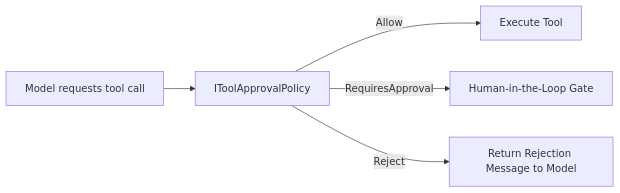
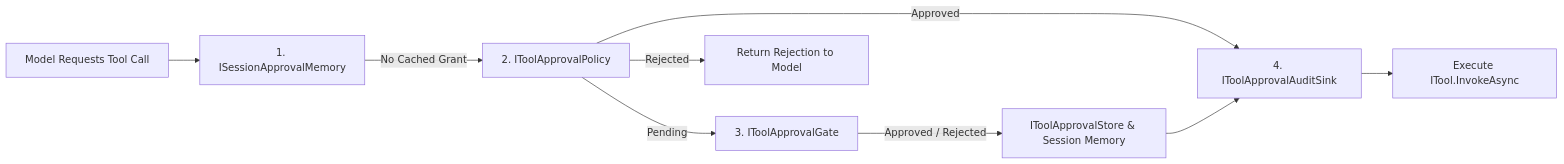
Before and after one commit to OmniTechSolutionsCA/MyAgents-Community: the diagram in docs-src/docs/governance/tool-approval.md, drawn with Mermaid. The commit also changed other lines of this file and 470 other files, not shown here.

````diff
--- a/docs-src/docs/governance/tool-approval.md
+++ b/docs-src/docs/governance/tool-approval.md
@@ -9,7 +9,11 @@
 ```mermaid
 flowchart LR
-    Model[Model requests tool call] --> Policy[IToolApprovalPolicy]
-    Policy -->|Allow| Exec[Execute Tool]
-    Policy -->|RequiresApproval| Human[Human-in-the-Loop Gate]
-    Policy -->|Reject| Error[Return Rejection Message to Model]
+    Model["Model Requests Tool Call"] --> Memory["1. ISessionApprovalMemory"]
+    Memory -->|No Cached Grant| Policy["2. IToolApprovalPolicy"]
+    Policy -->|Approved| Audit["4. IToolApprovalAuditSink"]
+    Policy -->|Pending| Gate["3. IToolApprovalGate"]
+    Policy -->|Rejected| Reject["Return Rejection to Model"]
+    Gate -->|Approved / Rejected| Store["IToolApprovalStore & Session Memory"]
+    Store --> Audit
+    Audit --> Exec["Execute ITool.InvokeAsync"]
 ```
````
